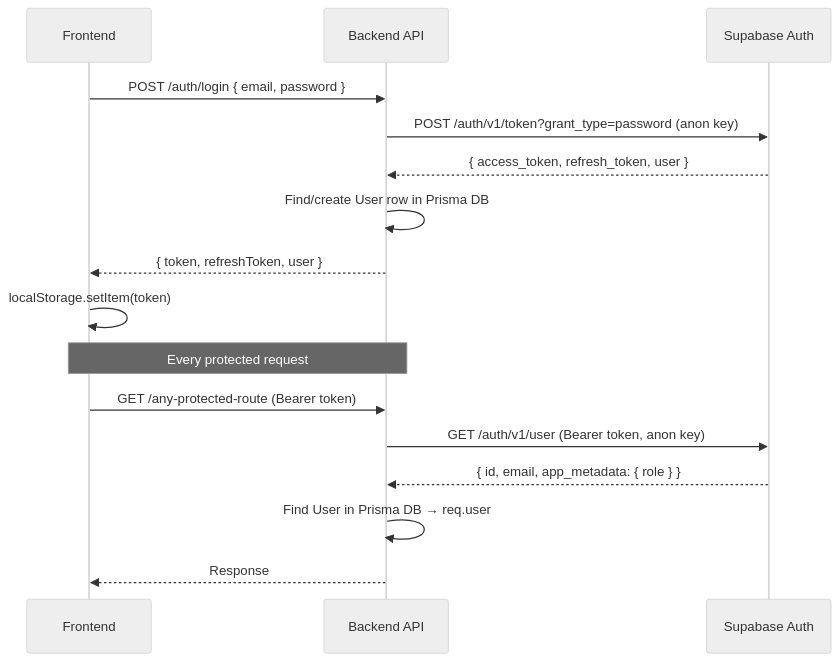
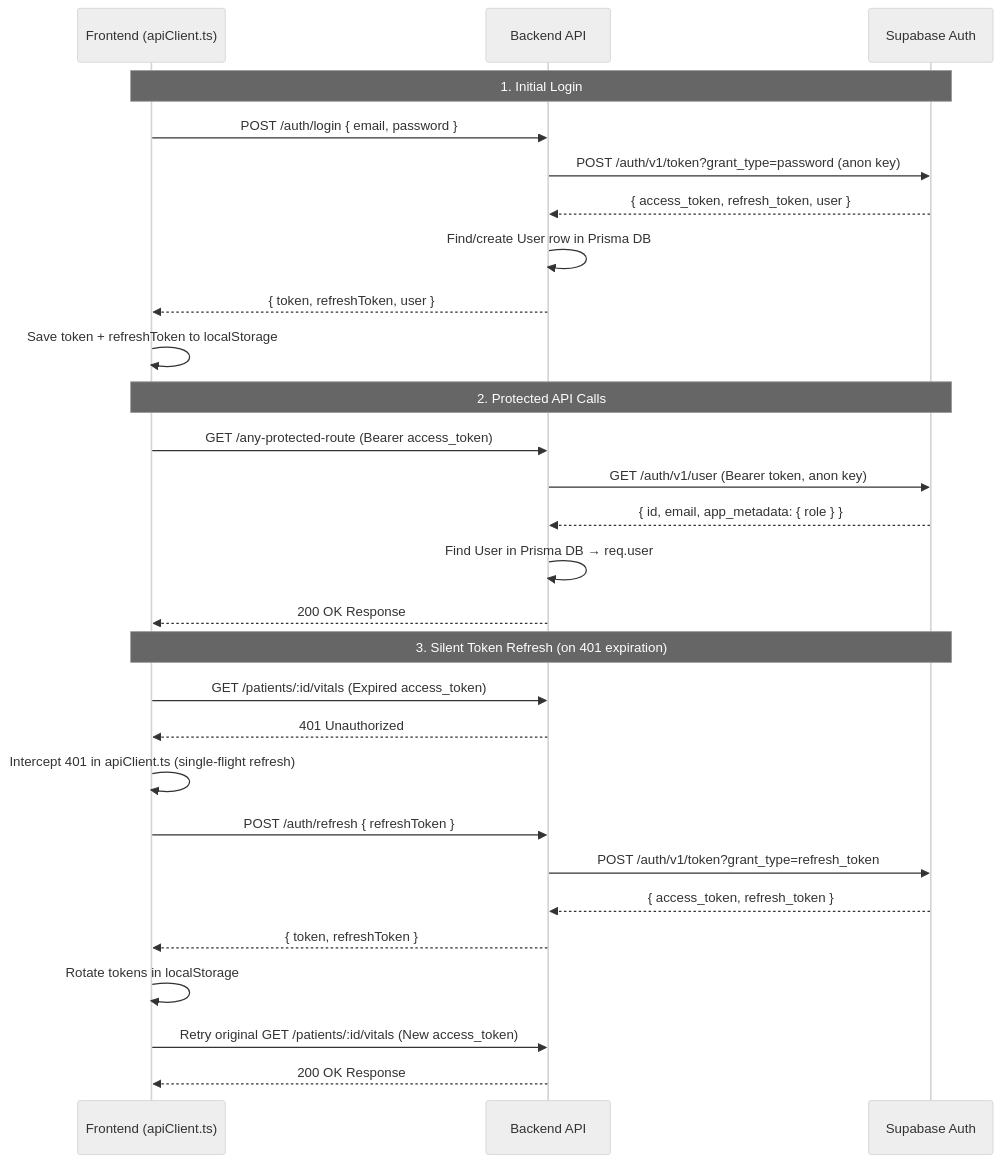
Before and after one commit to gshivani2315/HealthLens: the fourth of 4 diagrams in handoff.md, drawn with Mermaid (neutral theme). The commit also changed other lines of this file and 50 other files, not shown here.

Commit message:
Fixed schema, inconsistencies, added missing chat and notifications options

````diff
--- a/handoff.md
+++ b/handoff.md
@@ -443,21 +531,33 @@
 ```mermaid
 sequenceDiagram
-    participant FE as Frontend
+    participant FE as Frontend (apiClient.ts)
     participant BE as Backend API
     participant SUPA as Supabase Auth
 
+    Note over FE,SUPA: 1. Initial Login
     FE->>BE: POST /auth/login { email, password }
     BE->>SUPA: POST /auth/v1/token?grant_type=password (anon key)
     SUPA-->>BE: { access_token, refresh_token, user }
     BE->>BE: Find/create User row in Prisma DB
     BE-->>FE: { token, refreshToken, user }
-    FE->>FE: localStorage.setItem(token)
+    FE->>FE: Save token + refreshToken to localStorage
 
-    Note over FE,BE: Every protected request
-
-    FE->>BE: GET /any-protected-route (Bearer token)
+    Note over FE,SUPA: 2. Protected API Calls
+    FE->>BE: GET /any-protected-route (Bearer access_token)
     BE->>SUPA: GET /auth/v1/user (Bearer token, anon key)
     SUPA-->>BE: { id, email, app_metadata: { role } }
     BE->>BE: Find User in Prisma DB → req.user
-    BE-->>FE: Response
+    BE-->>FE: 200 OK Response
+
+    Note over FE,SUPA: 3. Silent Token Refresh (on 401 expiration)
+    FE->>BE: GET /patients/:id/vitals (Expired access_token)
+    BE-->>FE: 401 Unauthorized
+    FE->>FE: Intercept 401 in apiClient.ts (single-flight refresh)
+    FE->>BE: POST /auth/refresh { refreshToken }
+    BE->>SUPA: POST /auth/v1/token?grant_type=refresh_token
+    SUPA-->>BE: { access_token, refresh_token }
+    BE-->>FE: { token, refreshToken }
+    FE->>FE: Rotate tokens in localStorage
+    FE->>BE: Retry original GET /patients/:id/vitals (New access_token)
+    BE-->>FE: 200 OK Response
 ```
````
